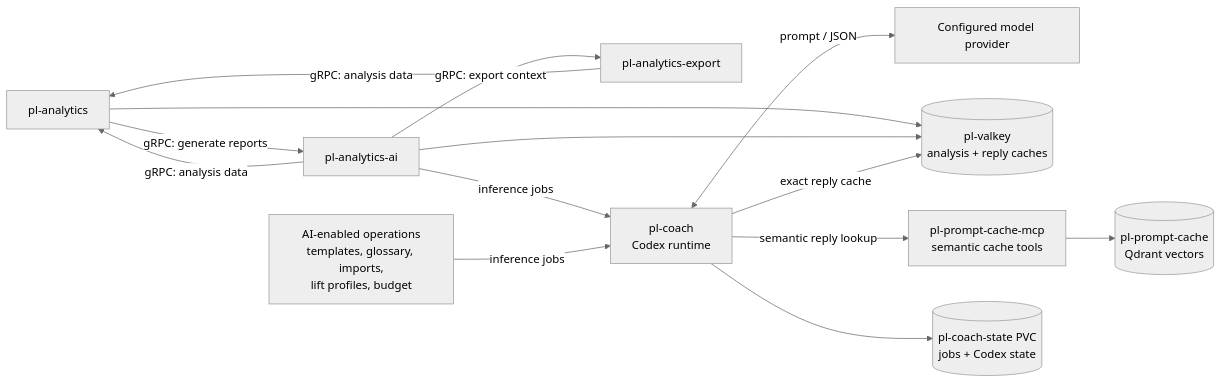
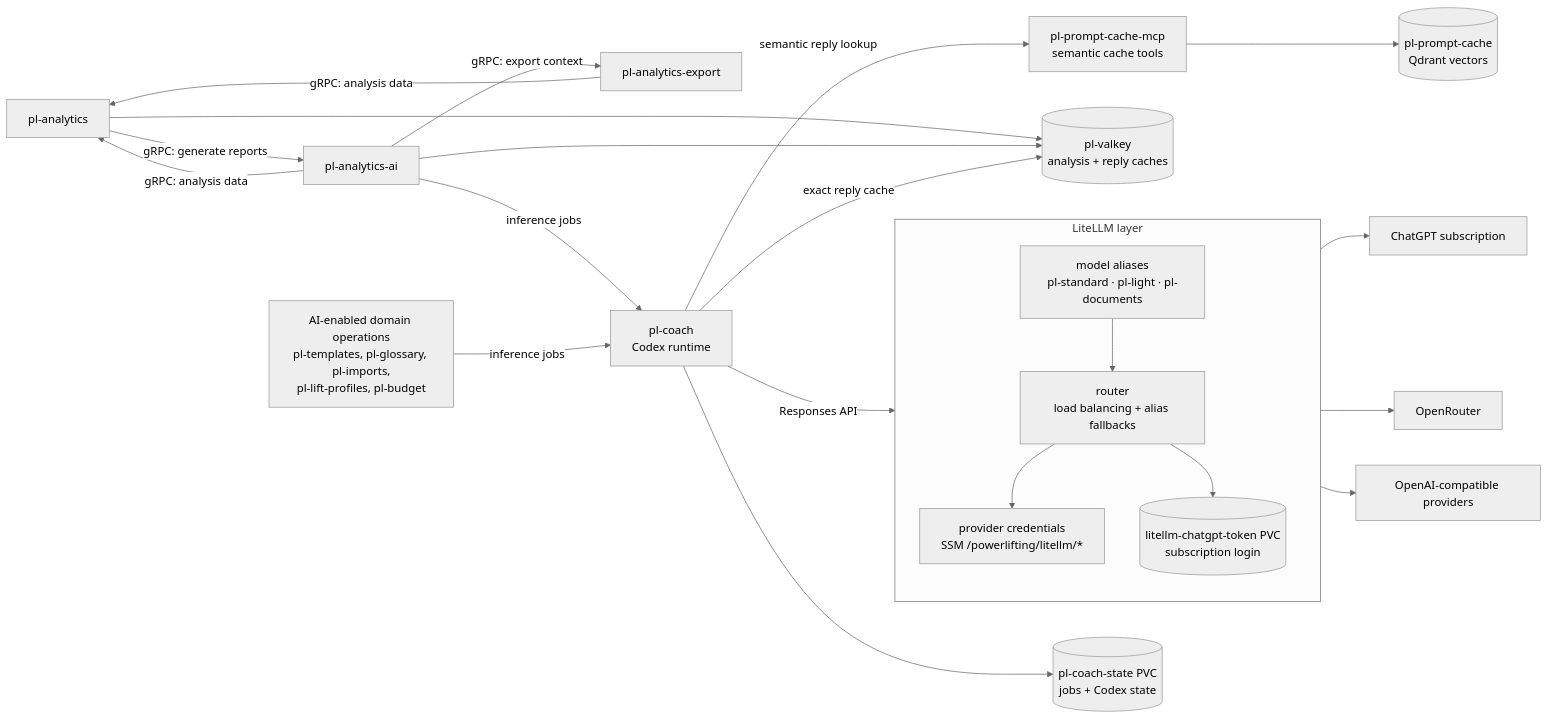
The fourth of 7 diagrams in README.md (PierreStephaneVoltaire/ai-powerlifting), drawn with Mermaid (neutral theme) before and after one commit. The commit also changed other lines of this file, not shown here.

````diff
--- a/README.md
+++ b/README.md
@@ -336,26 +425,40 @@
 ```mermaid
 flowchart LR
   Analytics["pl-analytics"]
   AI["pl-analytics-ai"]
   Export["pl-analytics-export"]
-  Features["AI-enabled operations<br/>templates, glossary, imports,<br/>lift profiles, budget"]
+  Features["AI-enabled domain operations<br/>pl-templates, pl-glossary, pl-imports,<br/>pl-lift-profiles, pl-budget"]
   Coach["pl-coach<br/>Codex runtime"]
-  Model["Configured model provider"]
   Valkey[("pl-valkey<br/>analysis + reply caches")]
   CacheMCP["pl-prompt-cache-mcp<br/>semantic cache tools"]
   Qdrant[("pl-prompt-cache<br/>Qdrant vectors")]
   State[("pl-coach-state PVC<br/>jobs + Codex state")]
+
+  subgraph LLM["LiteLLM layer"]
+    direction TB
+    Aliases["model aliases<br/>pl-standard · pl-light · pl-documents"]
+    Router["router<br/>load balancing + alias fallbacks"]
+    Creds["provider credentials<br/>SSM /powerlifting/litellm/*"]
+    Token[("litellm-chatgpt-token PVC<br/>subscription login")]
+    Aliases --> Router --> Creds
+    Router --> Token
+  end
+
+  ChatGPT["ChatGPT subscription"]
+  OpenRouter["OpenRouter"]
+  Compat["OpenAI-compatible providers"]
 
   Analytics -->|"gRPC: generate reports"| AI
   AI -->|"gRPC: analysis data"| Analytics
   AI -->|"gRPC: export context"| Export
   Export -->|"gRPC: analysis data"| Analytics
   AI -->|"inference jobs"| Coach
   Features -->|"inference jobs"| Coach
-  Coach <-->|"prompt / JSON"| Model
+  Coach -->|"Responses API"| Aliases
+  Router --> ChatGPT & OpenRouter & Compat
   Analytics --> Valkey
   AI --> Valkey
   Coach -->|"exact reply cache"| Valkey
   Coach -->|"semantic reply lookup"| CacheMCP --> Qdrant
   Coach --> State
 ```
````
